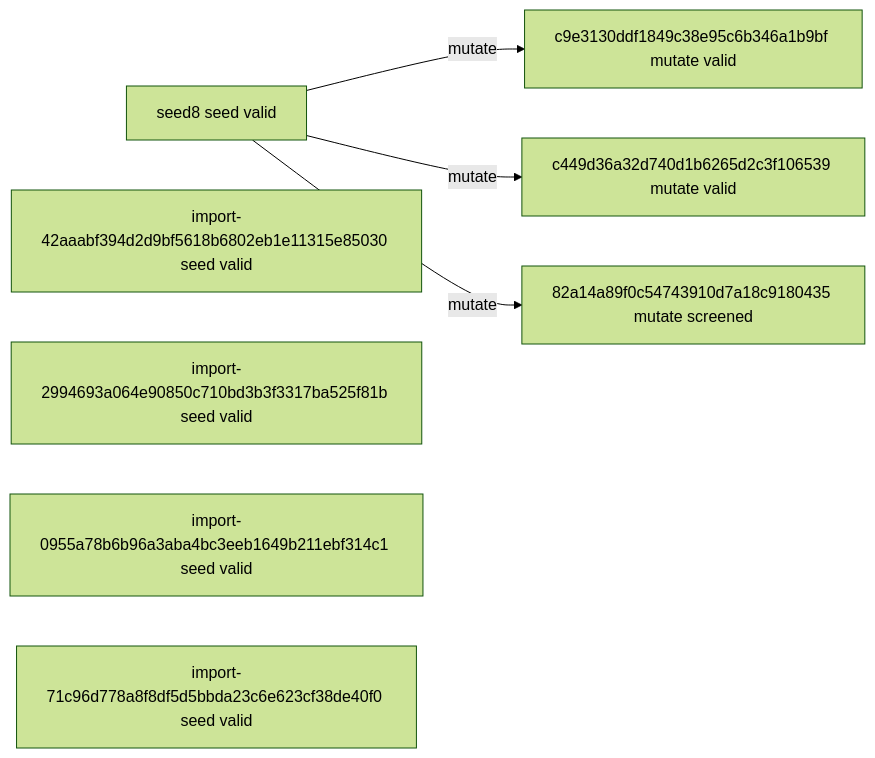
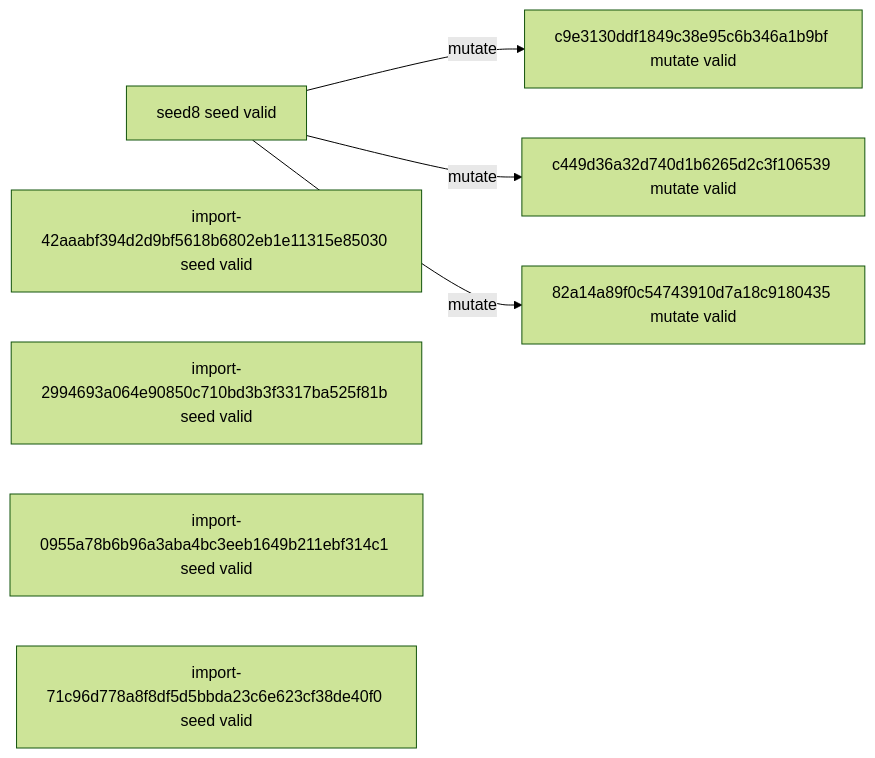
One commit to timbtz/feyer-search-lab changed the diagram in experiments/campaigns/smac-pilot-v1/README.md. Above: the diagram before and after it, drawn with Mermaid (forest theme). The commit also changed other lines of this file and 7 other files, not shown here.

````diff
--- a/experiments/campaigns/smac-pilot-v1/README.md
+++ b/experiments/campaigns/smac-pilot-v1/README.md
@@ -21,14 +21,14 @@
 ```mermaid
 graph LR
   n0["seed8 seed valid"]
   n1["import-42aaabf394d2d9bf5618b6802eb1e11315e85030 seed valid"]
   n2["import-2994693a064e90850c710bd3b3f3317ba525f81b seed valid"]
   n3["import-0955a78b6b96a3aba4bc3eeb1649b211ebf314c1 seed valid"]
   n4["import-71c96d778a8f8df5d5bbda23c6e623cf38de40f0 seed valid"]
   n5["c9e3130ddf1849c38e95c6b346a1b9bf mutate valid"]
   n6["c449d36a32d740d1b6265d2c3f106539 mutate valid"]
-  n7["82a14a89f0c54743910d7a18c9180435 mutate screened"]
+  n7["82a14a89f0c54743910d7a18c9180435 mutate valid"]
   n0 -->|mutate| n5
   n0 -->|mutate| n6
   n0 -->|mutate| n7
 ```
````
